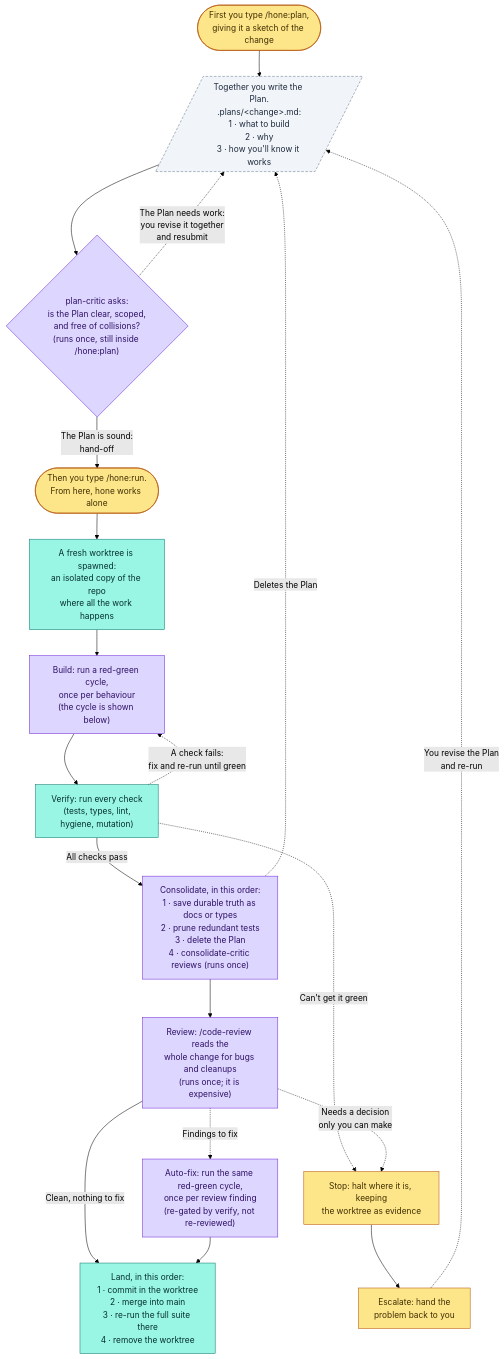
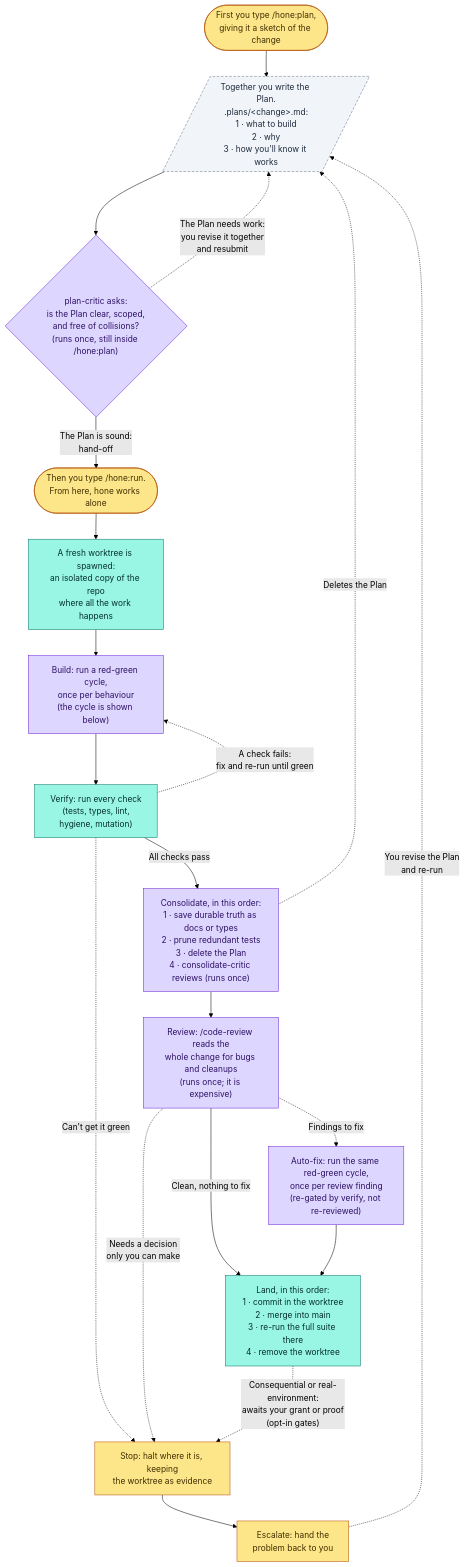
The third of 5 diagrams in docs/model.md (dominik-rehse/hone), drawn with Mermaid (forest theme) before and after one commit. The commit also changed other lines of this file and 4 other files, not shown here.

````diff
--- a/docs/model.md
+++ b/docs/model.md
@@ -130,44 +130,45 @@
 ```mermaid
 flowchart TD
     cmdPlan(["First you type /hone:plan,<br/>giving it a sketch of the change"])
     planFile[/"Together you write the Plan.<br/>.plans/&lt;change&gt;.md:<br/>1 · what to build<br/>2 · why<br/>3 · how you'll know it works"/]
     cmdRun(["Then you type /hone:run.<br/>From here, hone works alone"])
     admit{"plan-critic asks:<br/>is the Plan clear, scoped,<br/>and free of collisions?<br/>(runs once, still inside /hone:plan)"}
     wt["A fresh worktree is spawned:<br/>an isolated copy of the repo<br/>where all the work happens"]
     build["Build: run a red-green cycle,<br/>once per behaviour<br/>(the cycle is shown below)"]
     verify["Verify: run every check<br/>(tests, types, lint,<br/>hygiene, mutation)"]
     cons["Consolidate, in this order:<br/>1 · save durable truth as docs or types<br/>2 · prune redundant tests<br/>3 · delete the Plan<br/>4 · consolidate-critic reviews (runs once)"]
     rev["Review: /code-review reads the<br/>whole change for bugs and cleanups<br/>(runs once; it is expensive)"]
     fix["Auto-fix: run the same red-green cycle,<br/>once per review finding<br/>(re-gated by verify, not re-reviewed)"]
     land["Land, in this order:<br/>1 · commit in the worktree<br/>2 · merge into main<br/>3 · re-run the full suite there<br/>4 · remove the worktree"]
     esc["Escalate: hand the<br/>problem back to you"]
     stop["Stop: halt where it is, keeping<br/>the worktree as evidence"]
 
     cmdPlan --> planFile
     planFile --> admit
     admit -->|"The Plan is sound:<br/>hand-off"| cmdRun
     admit -.->|"The Plan needs work:<br/>you revise it together<br/>and resubmit"| planFile
     cmdRun --> wt
     wt --> build
     build --> verify
     verify -->|"All checks pass"| cons
     verify -.->|"A check fails:<br/>fix and re-run until green"| build
     verify -.->|"Can't get it green"| stop
     cons --> rev
     cons -.->|"Deletes the Plan"| planFile
     rev -->|"Clean, nothing to fix"| land
     rev -.->|"Findings to fix"| fix
     fix --> land
     rev -.->|"Needs a decision<br/>only you can make"| stop
+    land -.->|"Consequential or real-environment:<br/>awaits your grant or proof<br/>(opt-in gates)"| stop
     stop --> esc
     esc -.->|"You revise the Plan<br/>and re-run"| planFile
 
     classDef human fill:#fde68a,stroke:#b45309,color:#3f2d00;
     classDef deterministic fill:#99f6e4,stroke:#0f766e,color:#042f2e;
     classDef stochastic fill:#ddd6fe,stroke:#6d28d9,color:#2e1065;
     classDef artifact fill:#f1f5f9,stroke:#64748b,color:#1e293b,stroke-dasharray:5 3;
     class cmdPlan,cmdRun,esc,stop human;
     class wt,verify,land deterministic;
     class admit,build,cons,rev,fix stochastic;
     class planFile artifact;
 ```
````
